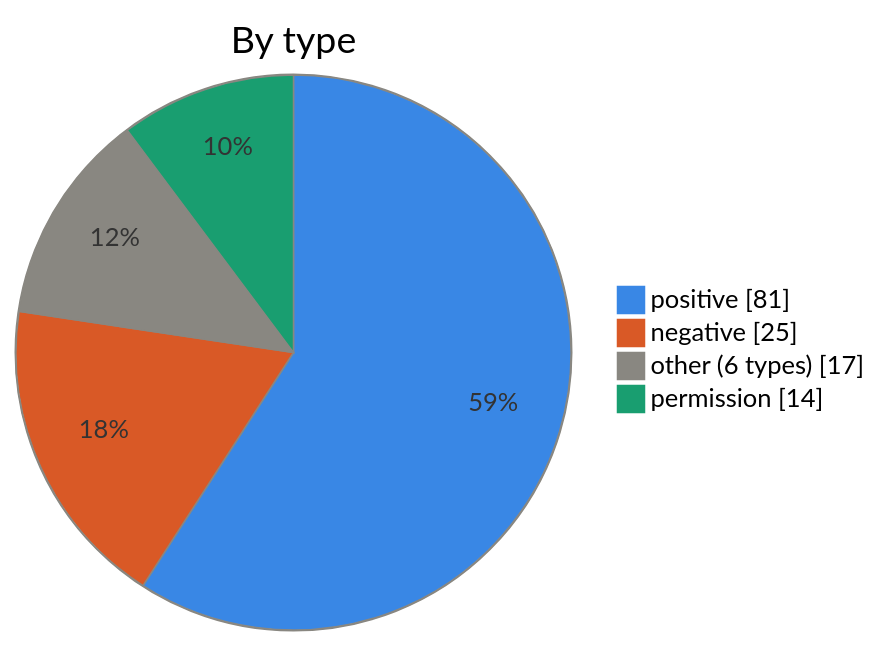
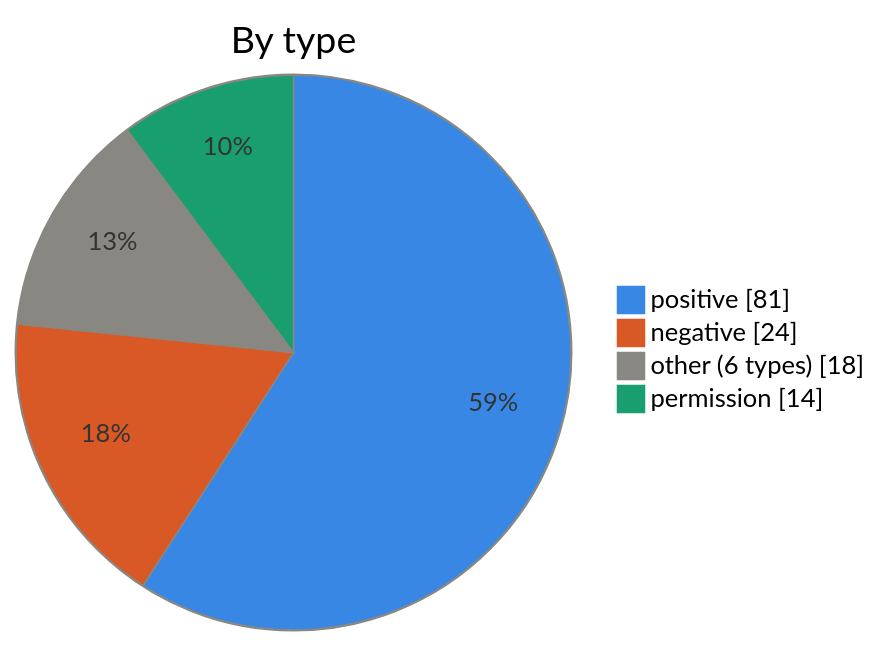
The second of 4 diagrams in specs/product/vault/Dashboard.md (Top-Q/playwright-typescript), drawn with Mermaid before and after one commit. The commit also changed 4 other files, not shown here.

````diff
--- a/specs/product/vault/Dashboard.md
+++ b/specs/product/vault/Dashboard.md
@@ -44,8 +44,8 @@
 ```mermaid
 %%{init: {"themeVariables":{"pie1":"#3987e5","pie2":"#d95926","pie3":"#898781","pie4":"#199e70","pieOpacity":"1","pieStrokeColor":"#898781","pieStrokeWidth":"1px","pieOuterStrokeColor":"#898781","pieOuterStrokeWidth":"1px"}}}%%
 pie showData title By type
     "positive" : 81
-    "negative" : 25
-    "other (6 types)" : 17
+    "negative" : 24
+    "other (6 types)" : 18
     "permission" : 14
 ```
````
